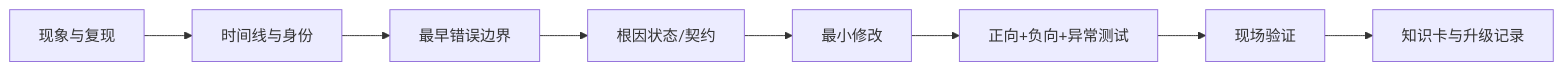
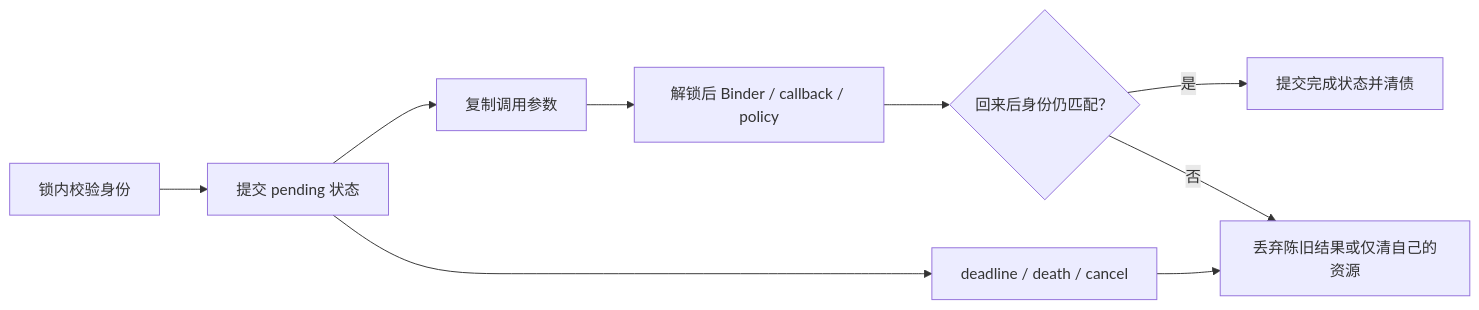
Before and after one commit to junyingzhao001/StudyNotes: the second of 2 diagrams in Android源码学习/200-Android源码学习二百章总复盘与后续路线.md, drawn with Mermaid. The commit also changed other lines of this file and 116 other files, not shown here.

````diff
--- a/Android源码学习/200-Android源码学习二百章总复盘与后续路线.md
+++ b/Android源码学习/200-Android源码学习二百章总复盘与后续路线.md
@@ -286,10 +421,11 @@
 ```mermaid
 flowchart LR
-  A["现象与复现"] --> B["时间线与身份"]
-  B --> C["最早错误边界"]
-  C --> D["根因状态/契约"]
-  D --> E["最小修改"]
-  E --> F["正向+负向+异常测试"]
-  F --> G["现场验证"]
-  G --> H["知识卡与升级记录"]
+  A["锁内校验身份"] --> B["提交 pending 状态"]
+  B --> C["复制调用参数"]
+  C --> D["解锁后 Binder / callback / policy"]
+  D --> E{"回来后身份仍匹配？"}
+  E -- 是 --> F["提交完成状态并清债"]
+  E -- 否 --> G["丢弃陈旧结果或仅清自己的资源"]
+  B --> H["deadline / death / cancel"]
+  H --> G
 ```
````
